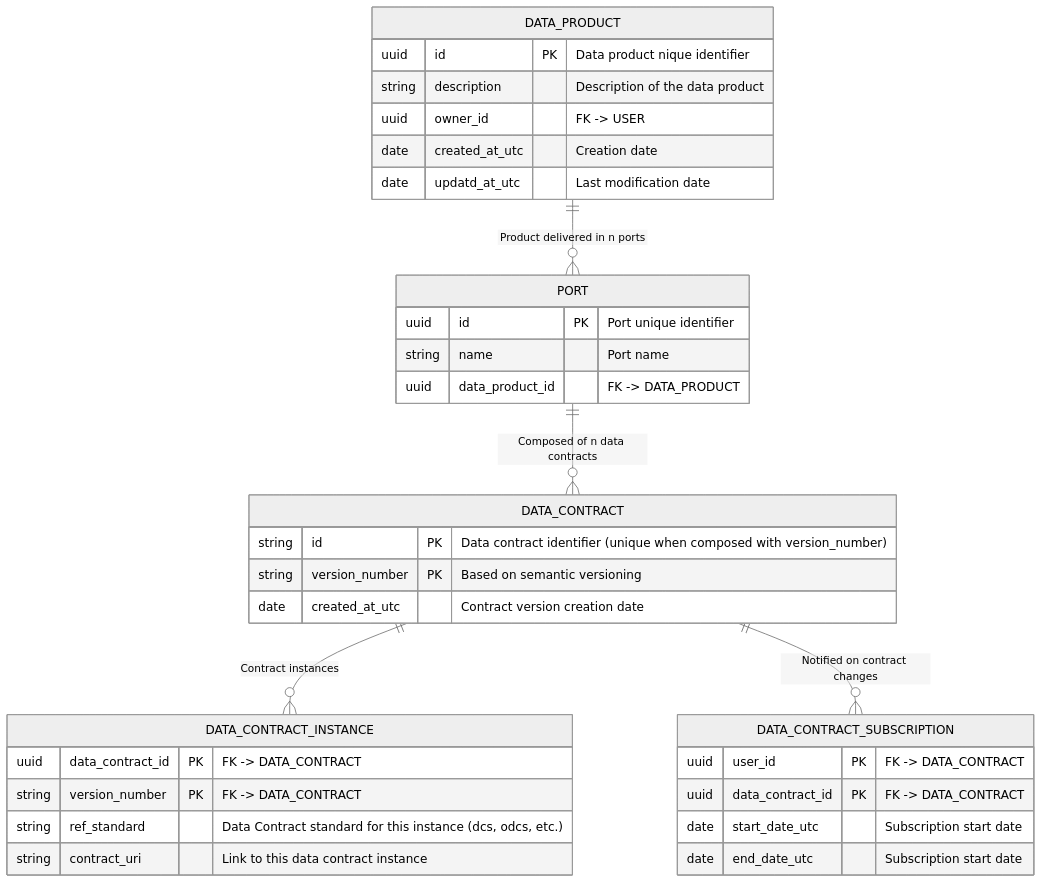
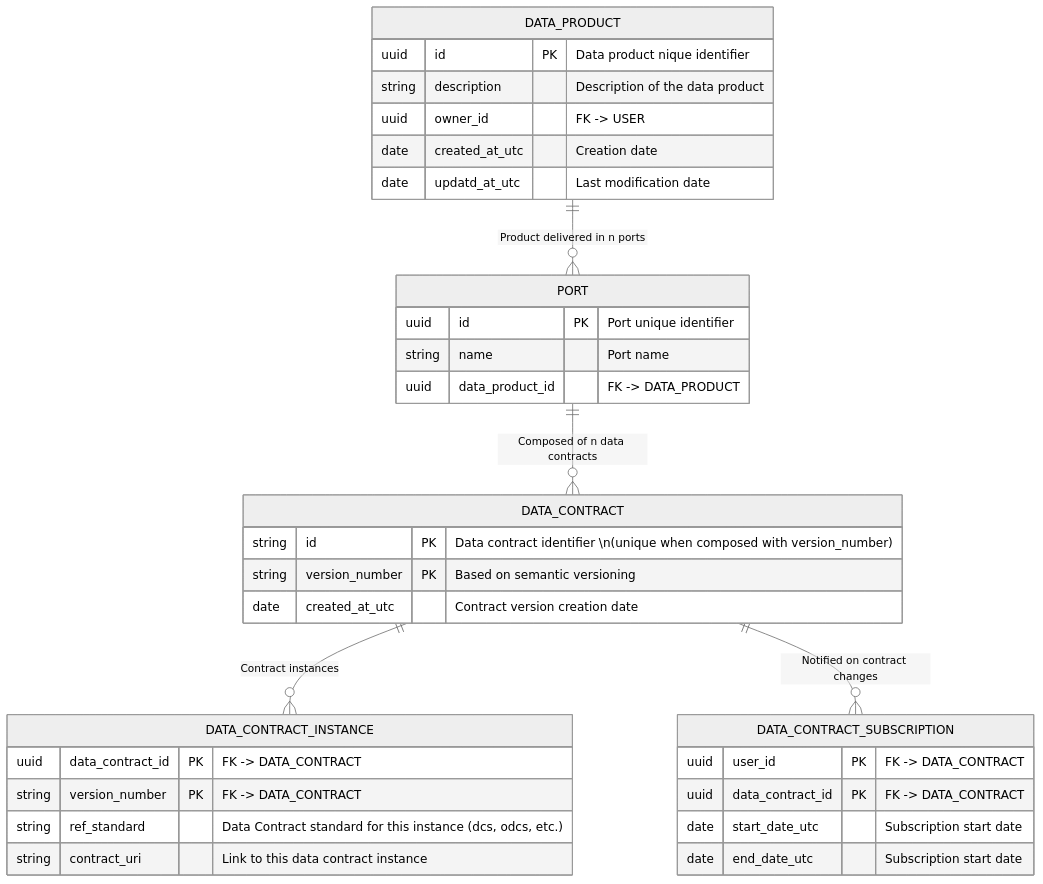
The diagram in docs/relational_model.md (monmaya/base-impl), drawn with Mermaid (neutral theme) before and after one commit.

````diff
--- a/docs/relational_model.md
+++ b/docs/relational_model.md
@@ -5,46 +5,46 @@
 ```mermaid
 
 erDiagram
 
     DATA_PRODUCT {
         uuid id PK "Data product nique identifier"
         string description "Description of the data product"
         uuid owner_id "FK -> USER"
         date created_at_utc "Creation date"
         date updatd_at_utc "Last modification date"
     }
 
     PORT {
         uuid id PK "Port unique identifier"
         string name "Port name"
         uuid data_product_id "FK -> DATA_PRODUCT"
     }
 
     DATA_CONTRACT {
-        string id PK "Data contract identifier (unique when composed with version_number)"
+        string id PK "Data contract identifier \n(unique when composed with version_number)"
         string version_number PK "Based on semantic versioning"
         date created_at_utc "Contract version creation date"
     }
 
     DATA_CONTRACT_INSTANCE {
         uuid data_contract_id PK "FK -> DATA_CONTRACT"
         string version_number PK "FK -> DATA_CONTRACT"
         string ref_standard "Data Contract standard for this instance (dcs, odcs, etc.)"
         string contract_uri "Link to this data contract instance"
     }
     
     DATA_CONTRACT_SUBSCRIPTION {
         uuid user_id PK "FK -> DATA_CONTRACT"
         uuid data_contract_id PK "FK -> DATA_CONTRACT"
         date start_date_utc "Subscription start date"
         date end_date_utc "Subscription start date"
     }
 
 
     DATA_PRODUCT ||--o{ PORT : "Product delivered in n ports"
     PORT ||--o{ DATA_CONTRACT : "Composed of n data contracts"
     DATA_CONTRACT ||--o{ DATA_CONTRACT_INSTANCE : "Contract instances"
     DATA_CONTRACT ||--o{ DATA_CONTRACT_SUBSCRIPTION : "Notified on contract changes"
 
 
   ```
````
